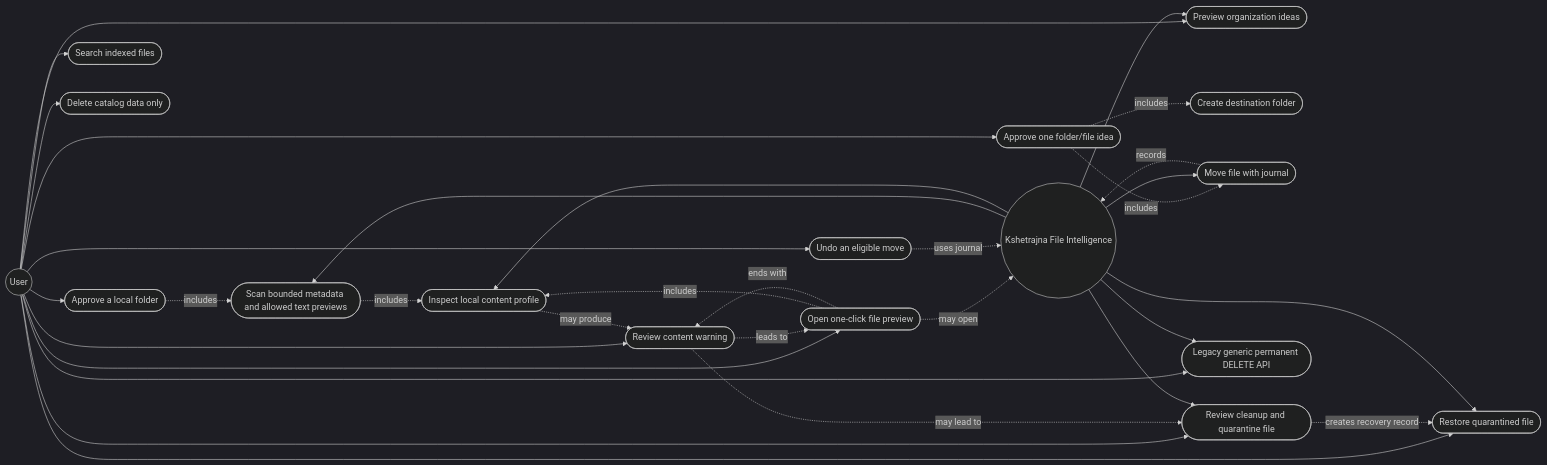
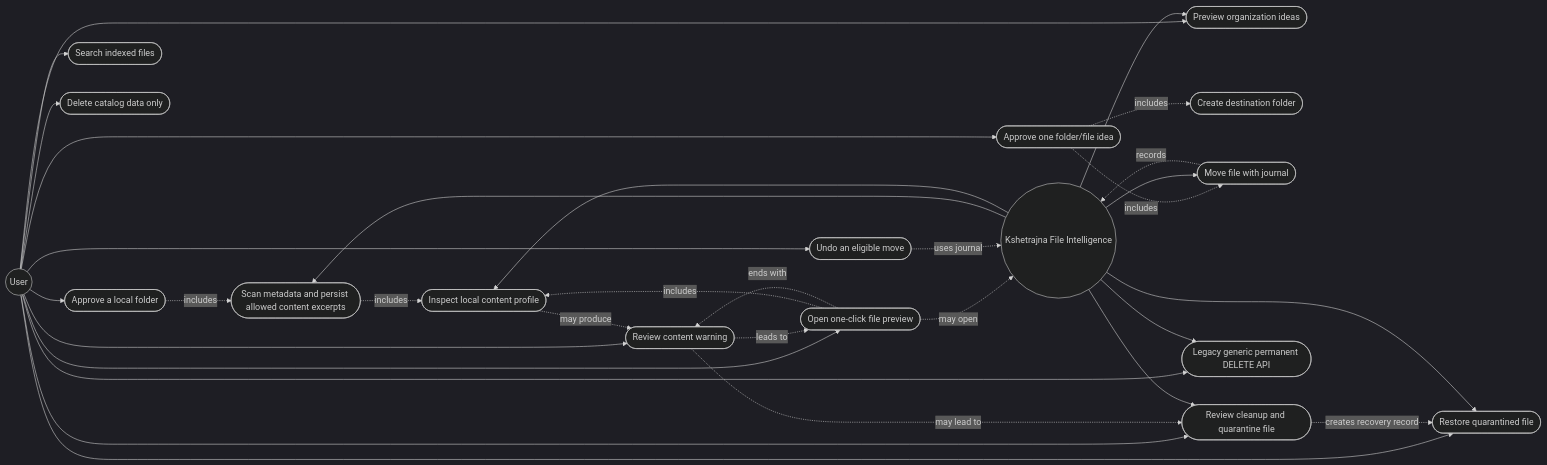
One commit to Team-SankatMochan/KSHETRAJNA-OS changed the second of 3 diagrams in docs/UML.md. Above: the diagram before and after it, drawn with Mermaid (dark theme). The commit also changed other lines of this file and 13 other files, not shown here.

````diff
--- a/docs/UML.md
+++ b/docs/UML.md
@@ -120,54 +126,54 @@
 ```mermaid
 flowchart LR
     User((User))
     K((Kshetrajna File Intelligence))
 
     ApproveRoot([Approve a local folder])
-    Scan([Scan bounded metadata and allowed text previews])
+    Scan([Scan metadata and persist allowed content excerpts])
     Inspect([Inspect local content profile])
     Review([Review content warning])
     OpenPreview([Open one-click file preview])
     Search([Search indexed files])
     Plan([Preview organization ideas])
     ApproveMove([Approve one folder/file idea])
     CreateFolder([Create destination folder])
     Move([Move file with journal])
     Quarantine([Review cleanup and quarantine file])
     Restore([Restore quarantined file])
     LegacyDelete([Legacy generic permanent DELETE API])
     Undo([Undo an eligible move])
     DeleteCatalog([Delete catalog data only])
 
     User --> ApproveRoot
     User --> Review
     User --> OpenPreview
     User --> Search
     User --> Plan
     User --> ApproveMove
     User --> Undo
     User --> Quarantine
     User --> Restore
     User --> LegacyDelete
     User --> DeleteCatalog
 
     ApproveRoot -. includes .-> Scan
     Scan -. includes .-> Inspect
     Inspect -. may produce .-> Review
     Review -. leads to .-> OpenPreview
     OpenPreview -. includes .-> Inspect
     OpenPreview -. ends with .-> Review
     OpenPreview -. may open .-> K
     ApproveMove -. includes .-> CreateFolder
     ApproveMove -. includes .-> Move
     Review -. may lead to .-> Quarantine
     Quarantine -. creates recovery record .-> Restore
     Move -. records .-> K
     Undo -. uses journal .-> K
     K --> Scan
     K --> Inspect
     K --> Plan
     K --> Move
     K --> Quarantine
     K --> Restore
     K --> LegacyDelete
 ```
````
